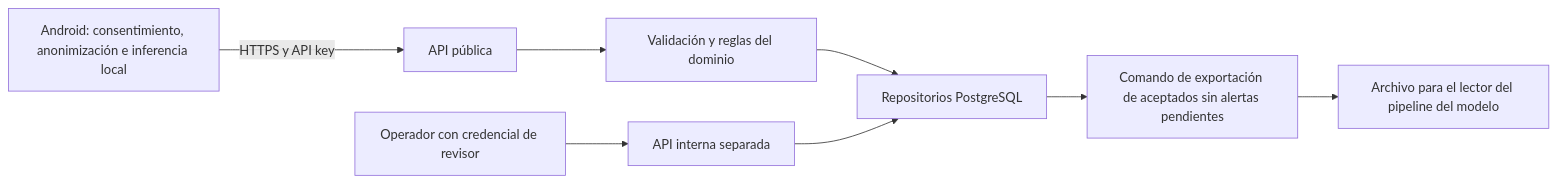
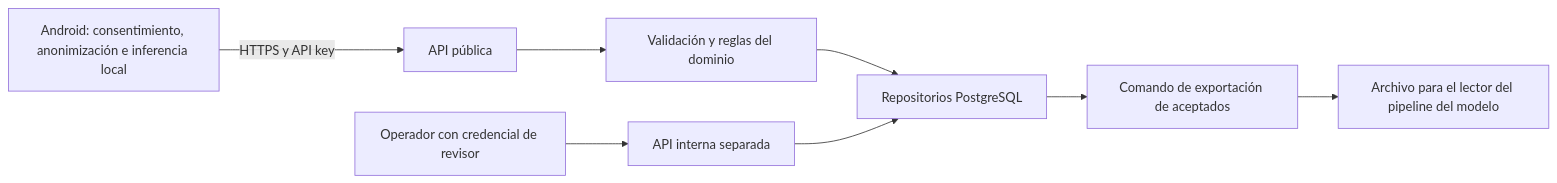
Before and after one commit to smishing-thesis/smishing-backend: the diagram in docs/architecture-privacy.md, drawn with Mermaid. The commit also changed other lines of this file and 24 other files, not shown here.

Commit message:
fix(#8): align PostgreSQL schema with Memoria Figure 6

````diff
--- a/docs/architecture-privacy.md
+++ b/docs/architecture-privacy.md
@@ -37,10 +37,10 @@
 ```mermaid
 flowchart LR
     A[Android: consentimiento, anonimización e inferencia local] -->|HTTPS y API key| B[API pública]
     B --> C[Validación y reglas del dominio]
     C --> D[Repositorios PostgreSQL]
     R[Operador con credencial de revisor] --> E[API interna separada]
     E --> D
-    D --> F[Comando de exportación de aceptados sin alertas pendientes]
+    D --> F[Comando de exportación de aceptados]
     F --> G[Archivo para el lector del pipeline del modelo]
 ```
````
